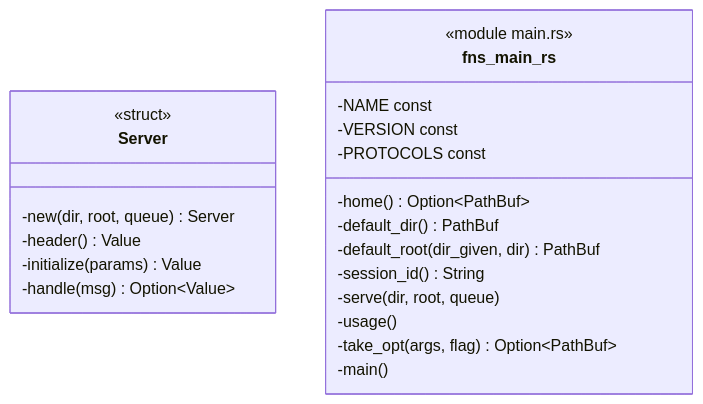
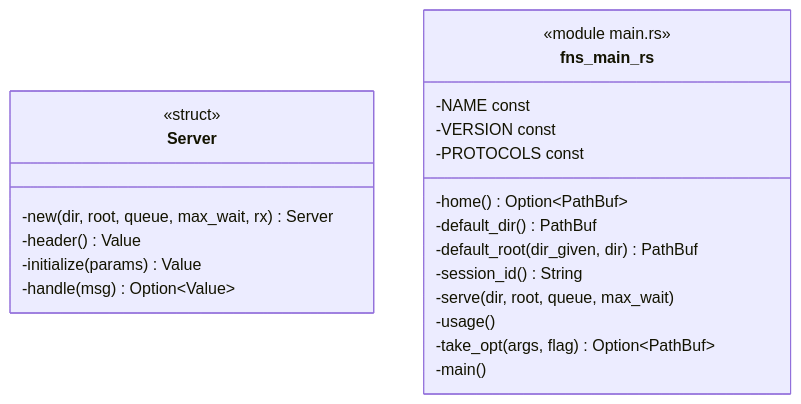
The diagram in docs/architecture/c4/4-code/mcp/protocol.md (p-j-r/nyx), drawn with Mermaid before and after one commit. The commit also changed other lines of this file and 48 other files, not shown here.

````diff
--- a/docs/architecture/c4/4-code/mcp/protocol.md
+++ b/docs/architecture/c4/4-code/mcp/protocol.md
@@ -30,24 +30,24 @@
 ```mermaid
 classDiagram
   class Server {
       <<struct>>
-      -new(dir, root, queue) Server
+      -new(dir, root, queue, max_wait, rx) Server
       -header() Value
       -initialize(params) Value
       -handle(msg) Option~Value~
   }
   class fns_main_rs {
       <<module main.rs>>
       -home() Option~PathBuf~
       -default_dir() PathBuf
       -default_root(dir_given, dir) PathBuf
       -session_id() String
-      -serve(dir, root, queue)
+      -serve(dir, root, queue, max_wait)
       -usage()
       -take_opt(args, flag) Option~PathBuf~
       -main()
       -NAME const
       -VERSION const
       -PROTOCOLS const
   }
 ```
````
